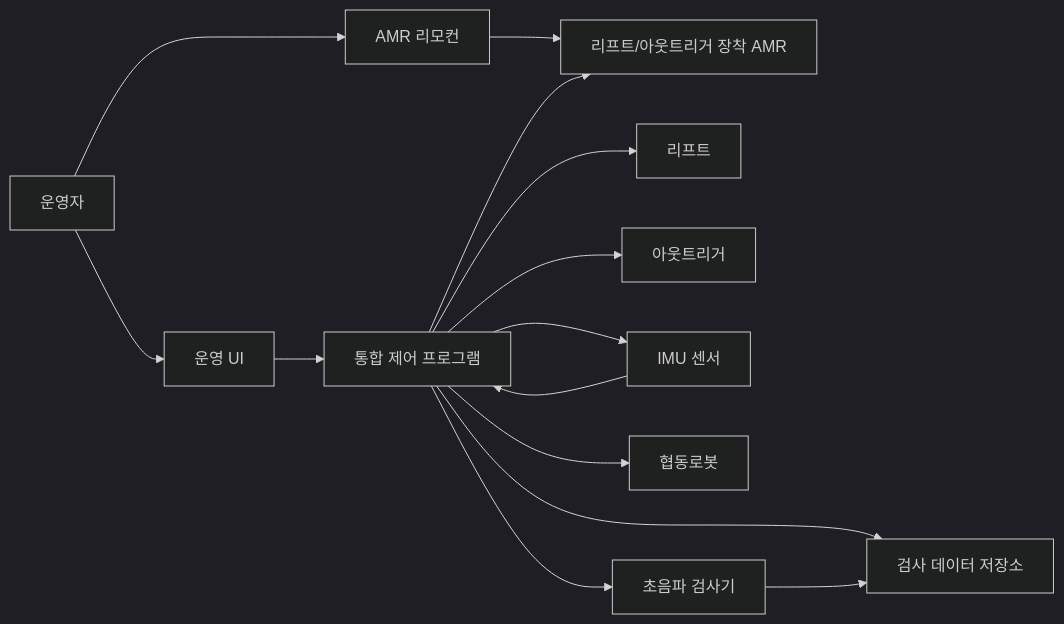
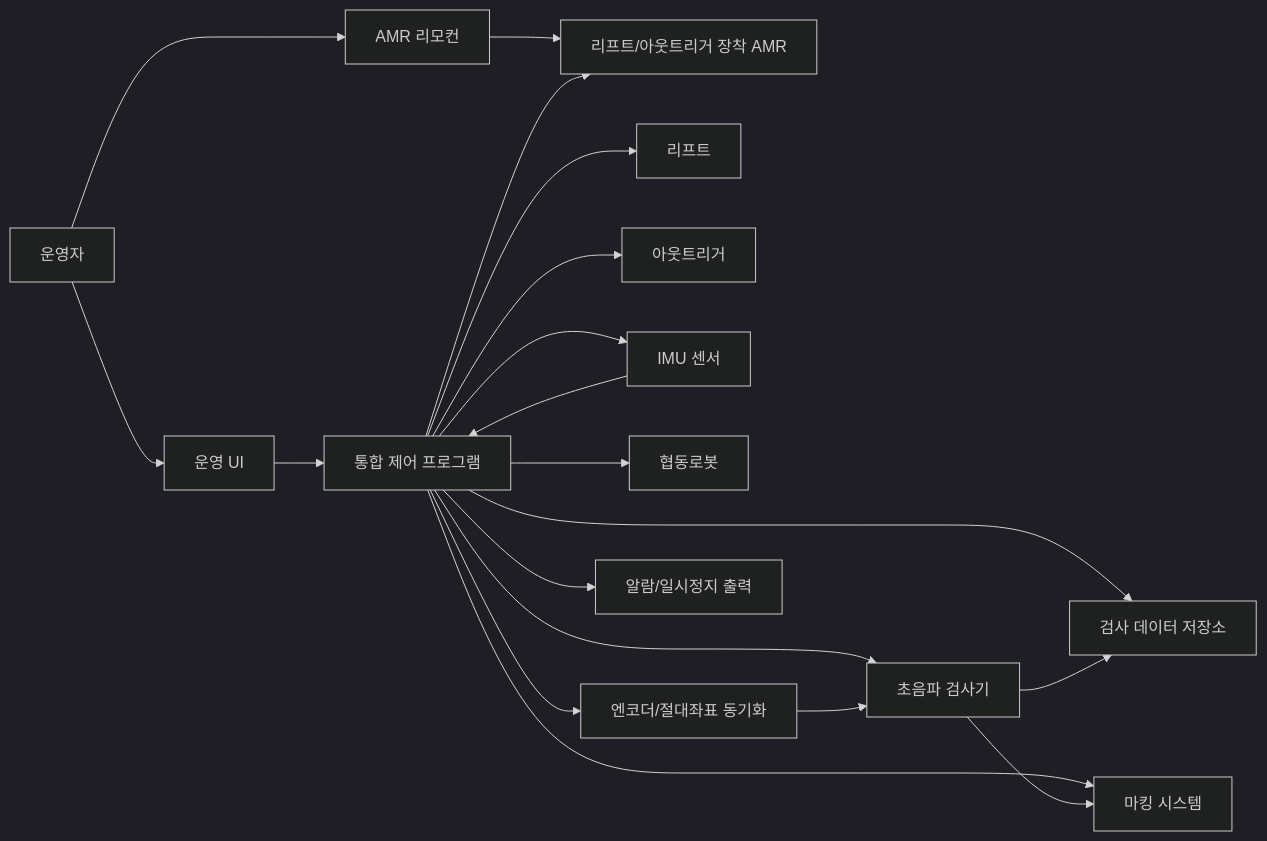
The diagram in docs/03_system_architecture.md (benn-uuaq/Dusan_moma), drawn with Mermaid (dark theme) before and after one commit. The commit also changed other lines of this file and 80 other files, not shown here.

````diff
--- a/docs/03_system_architecture.md
+++ b/docs/03_system_architecture.md
@@ -5,16 +5,21 @@
 ```mermaid
 flowchart LR
     Operator["운영자"] --> Remote["AMR 리모컨"]
     Operator --> UI["운영 UI"]
     Remote --> AMR["리프트/아웃트리거 장착 AMR"]
     UI --> Controller["통합 제어 프로그램"]
     Controller --> AMR
     Controller --> Lift["리프트"]
     Controller --> Outrigger["아웃트리거"]
     Controller --> IMU["IMU 센서"]
     Controller --> Robot["협동로봇"]
     Controller --> UT["초음파 검사기"]
+    Controller --> Encoder["엔코더/절대좌표 동기화"]
+    Controller --> Marker["마킹 시스템"]
+    Controller --> Alarm["알람/일시정지 출력"]
     Controller --> DataStore["검사 데이터 저장소"]
     UT --> DataStore
     IMU --> Controller
+    Encoder --> UT
+    UT --> Marker
 ```
````
